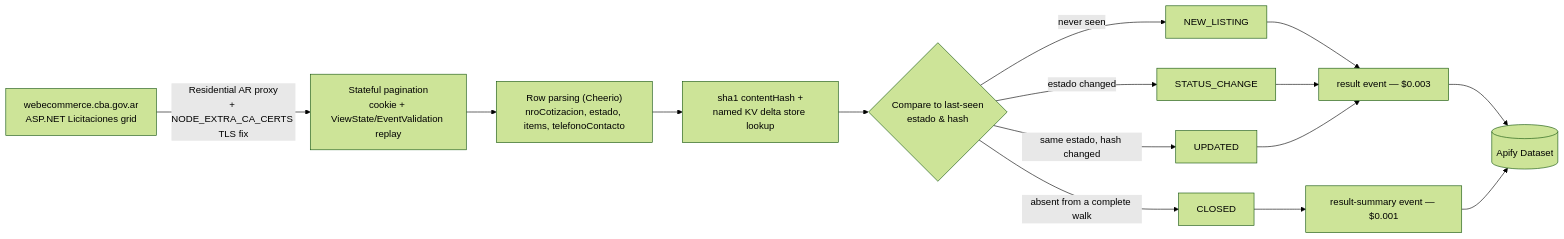
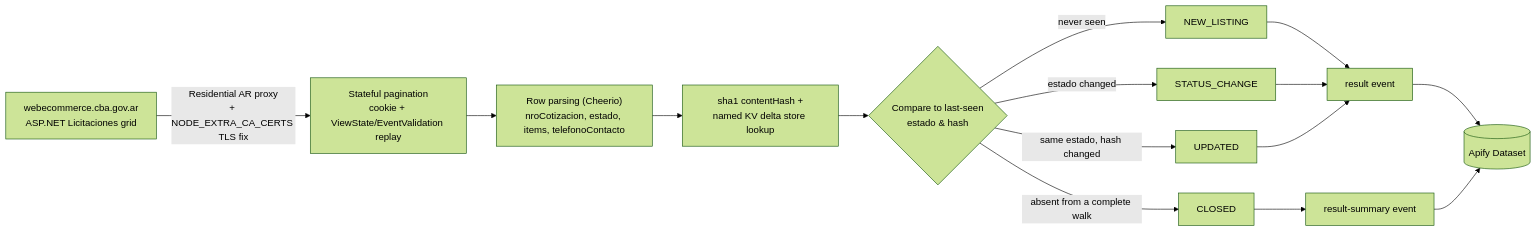
One commit to stefanoseggio/cordoba-compras-monitor changed the diagram in README.md. Above: the diagram before and after it, drawn with Mermaid (forest theme). The commit also changed other lines of this file, not shown here.

First line of the commit message:
Restructure README: Cost & BYOK disclosure, Quickstart, schema tables, Contributing

````diff
--- a/README.md
+++ b/README.md
@@ -36,17 +52,17 @@
 ```mermaid
 flowchart LR
     A["webecommerce.cba.gov.ar<br/>ASP.NET Licitaciones grid"] -->|"Residential AR proxy<br/>+ NODE_EXTRA_CA_CERTS TLS fix"| B["Stateful pagination<br/>cookie + ViewState/EventValidation replay"]
     B --> C["Row parsing (Cheerio)<br/>nroCotizacion, estado, items, telefonoContacto"]
     C --> D["sha1 contentHash +<br/>named KV delta store lookup"]
     D --> E{"Compare to last-seen<br/>estado &amp; hash"}
     E -->|"never seen"| F["NEW_LISTING"]
     E -->|"estado changed"| G["STATUS_CHANGE"]
     E -->|"same estado, hash changed"| H["UPDATED"]
     E -->|"absent from a complete walk"| I["CLOSED"]
-    F --> J["result event — $0.003"]
+    F --> J["result event"]
     G --> J
     H --> J
-    I --> K["result-summary event — $0.001"]
+    I --> K["result-summary event"]
     J --> L[("Apify Dataset")]
     K --> L
 ```
````
